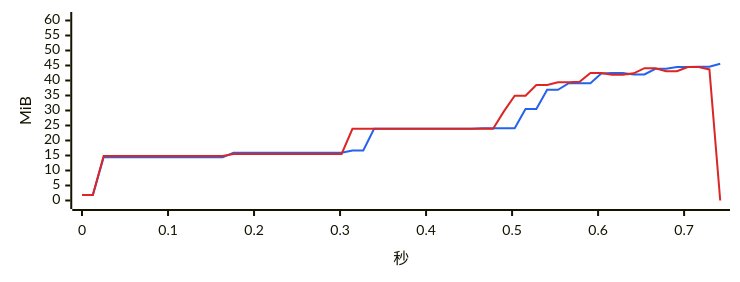
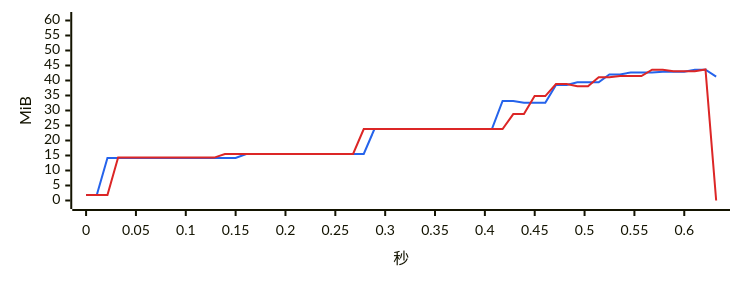
One commit to 334456777/WeFlow changed diagram 15 of 17 in bench/v2.0.0/summary.md. Above: the diagram before and after it, drawn with Mermaid. The commit also changed other lines of this file and 3 other files, not shown here.

````diff
--- a/bench/v2.0.0/summary.md
+++ b/bench/v2.0.0/summary.md
@@ -444,8 +441,8 @@
 ```mermaid
 %%{init: {"xyChart": {"width": 720, "height": 260}, "themeVariables": {"xyChart": {"plotColorPalette": "#2563eb, #dc2626"}}}}%%
 xychart-beta
-    x-axis "秒" 0 --> 0.742
+    x-axis "秒" 0 --> 0.632
     y-axis "MiB" 0 --> 60
-    line [1.8, 1.8, 14.4, 14.4, 14.4, 14.4, 14.4, 14.4, 14.4, 14.4, 14.4, 14.4, 14.4, 14.4, 15.9, 15.9, 15.9, 15.9, 15.9, 15.9, 15.9, 15.9, 15.9, 15.9, 15.9, 16.7, 16.7, 23.9, 23.9, 23.9, 23.9, 23.9, 23.9, 23.9, 23.9, 23.9, 23.9, 24.1, 24.1, 24.1, 24.1, 30.5, 30.5, 36.9, 36.9, 39.1, 39.1, 39.1, 42.3, 42.5, 42.5, 42.0, 42.0, 43.9, 43.9, 44.5, 44.5, 44.6, 44.6, 45.6]
-    line [1.8, 1.8, 14.8, 14.8, 14.8, 14.8, 14.8, 14.8, 14.8, 14.8, 14.8, 14.8, 14.8, 14.8, 15.5, 15.5, 15.5, 15.5, 15.5, 15.5, 15.5, 15.5, 15.5, 15.5, 15.5, 23.9, 23.9, 23.9, 23.9, 23.9, 23.9, 23.9, 23.9, 23.9, 23.9, 23.9, 23.9, 23.9, 23.9, 29.7, 34.9, 34.9, 38.5, 38.5, 39.4, 39.4, 39.6, 42.5, 42.5, 41.9, 41.9, 42.4, 44.1, 44.1, 43.1, 43.1, 44.5, 44.5, 43.7, 0.0]
+    line [1.8, 1.8, 14.2, 14.2, 14.2, 14.2, 14.2, 14.2, 14.2, 14.2, 14.2, 14.2, 14.2, 14.2, 14.2, 15.5, 15.5, 15.5, 15.5, 15.5, 15.5, 15.5, 15.5, 15.5, 15.5, 15.5, 15.5, 23.8, 23.8, 23.8, 23.8, 23.8, 23.8, 23.8, 23.8, 23.8, 23.8, 23.8, 23.8, 33.2, 33.2, 32.6, 32.6, 32.6, 38.5, 38.5, 39.4, 39.4, 39.4, 42.0, 42.0, 42.7, 42.7, 42.7, 42.9, 42.9, 42.9, 43.6, 43.6, 41.3]
+    line [1.8, 1.8, 1.8, 14.3, 14.3, 14.3, 14.3, 14.3, 14.3, 14.3, 14.3, 14.3, 14.3, 15.5, 15.5, 15.5, 15.5, 15.5, 15.5, 15.5, 15.5, 15.5, 15.5, 15.5, 15.5, 15.5, 23.8, 23.8, 23.8, 23.8, 23.8, 23.8, 23.8, 23.8, 23.8, 23.8, 23.8, 23.8, 23.8, 23.8, 28.8, 28.8, 34.8, 34.8, 38.8, 38.8, 38.1, 38.1, 41.1, 41.1, 41.5, 41.5, 41.5, 43.6, 43.6, 43.1, 43.1, 43.1, 43.7, 0.0]
 ```
````
